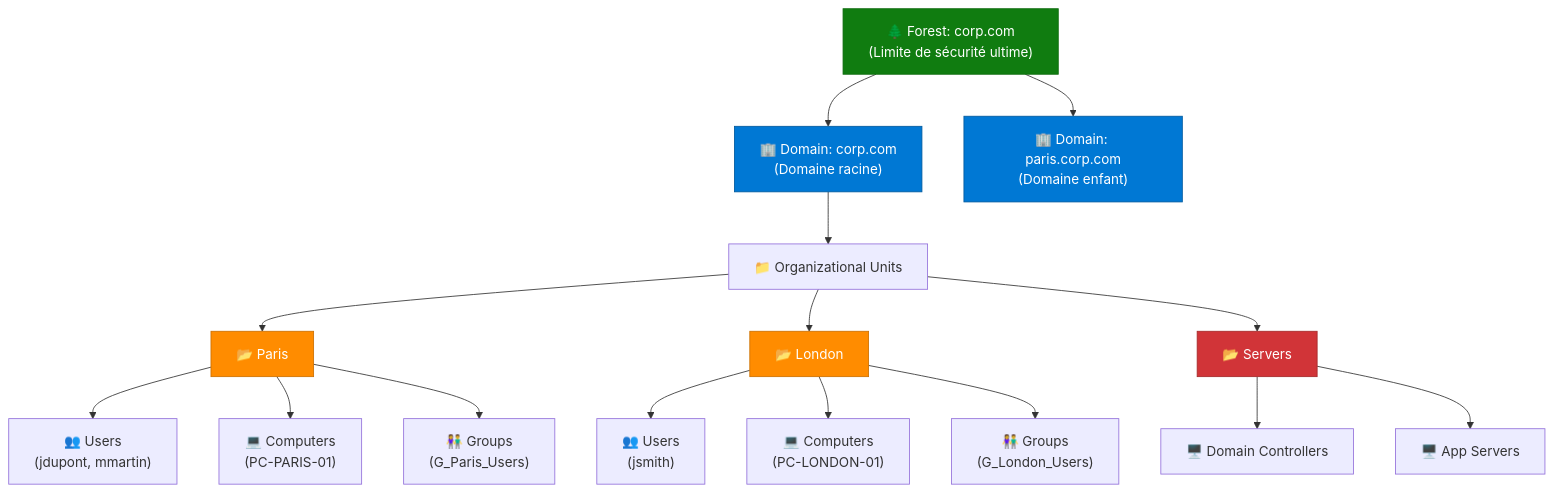
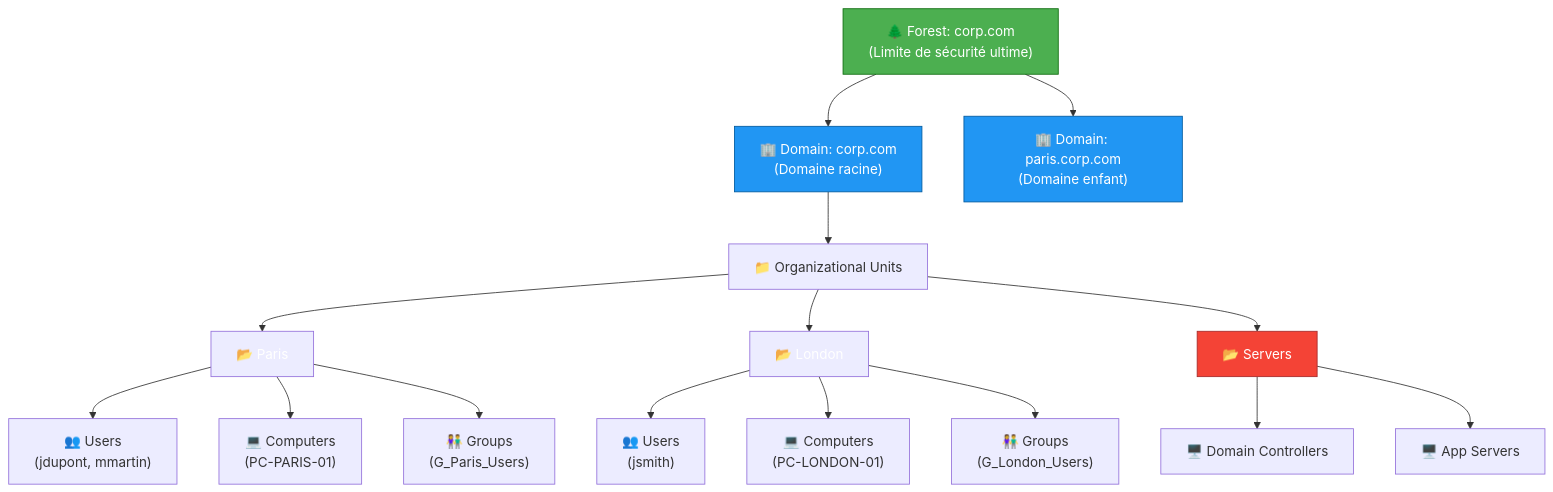
The first of 2 diagrams in docs/formations/windows-server/02-module.md (VBlackJack/ShellBook), drawn with Mermaid before and after one commit. The commit also changed other lines of this file and 337 other files, not shown here.

First line of the commit message:
refactor(docs): Standardize code blocks and Mermaid colors

````diff
--- a/docs/formations/windows-server/02-module.md
+++ b/docs/formations/windows-server/02-module.md
@@ -84,31 +84,31 @@
 ```mermaid
 graph TD
     Forest["🌲 Forest: corp.com<br/>(Limite de sécurité ultime)"]
 
     Forest --> Domain1["🏢 Domain: corp.com<br/>(Domaine racine)"]
     Forest --> Domain2["🏢 Domain: paris.corp.com<br/>(Domaine enfant)"]
 
     Domain1 --> OU_Root["📁 Organizational Units"]
 
     OU_Root --> OU_Paris["📂 Paris"]
     OU_Root --> OU_London["📂 London"]
     OU_Root --> OU_Servers["📂 Servers"]
 
     OU_Paris --> OU_Paris_Users["👥 Users<br/>(jdupont, mmartin)"]
     OU_Paris --> OU_Paris_Computers["💻 Computers<br/>(PC-PARIS-01)"]
     OU_Paris --> OU_Paris_Groups["👫 Groups<br/>(G_Paris_Users)"]
 
     OU_London --> OU_London_Users["👥 Users<br/>(jsmith)"]
     OU_London --> OU_London_Computers["💻 Computers<br/>(PC-LONDON-01)"]
     OU_London --> OU_London_Groups["👫 Groups<br/>(G_London_Users)"]
 
     OU_Servers --> OU_Servers_DC["🖥️ Domain Controllers"]
     OU_Servers --> OU_Servers_App["🖥️ App Servers"]
 
-    style Forest fill:#107c10,stroke:#0e6b0e,color:#fff
-    style Domain1 fill:#0078d4,stroke:#005a9e,color:#fff
-    style Domain2 fill:#0078d4,stroke:#005a9e,color:#fff
-    style OU_Paris fill:#ff8c00,stroke:#cc7000,color:#fff
-    style OU_London fill:#ff8c00,stroke:#cc7000,color:#fff
-    style OU_Servers fill:#d13438,stroke:#a52a2a,color:#fff
+    style Forest fill:#4CAF50,stroke:#0e6b0e,color:#fff
+    style Domain1 fill:#2196F3,stroke:#005a9e,color:#fff
+    style Domain2 fill:#2196F3,stroke:#005a9e,color:#fff
+    style OU_Paris fill:#FF9800800800,stroke:#FF9800800,color:#fff
+    style OU_London fill:#FF9800800800,stroke:#FF9800800,color:#fff
+    style OU_Servers fill:#f44336,stroke:#a52a2a,color:#fff
 ```
````
